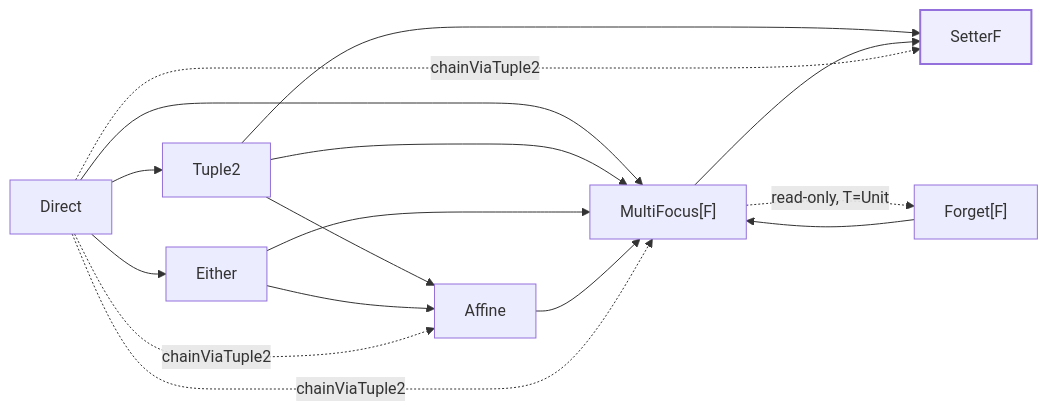
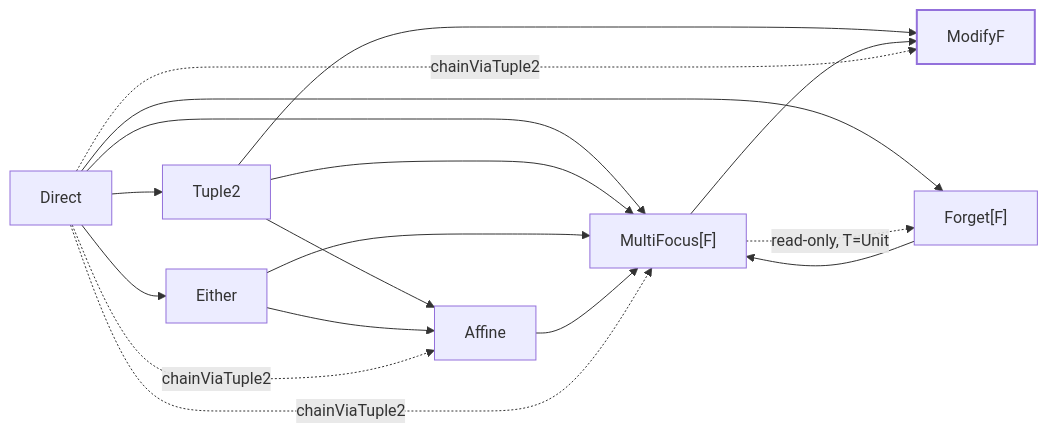
The diagram in site/docs/concepts.md (Constructive-Programming/eo), drawn with Mermaid before and after one commit. The commit also changed other lines of this file and 63 other files, not shown here.

````diff
--- a/site/docs/concepts.md
+++ b/site/docs/concepts.md
@@ -195,20 +197,21 @@
 ```mermaid
 flowchart LR
   Direct --> Tuple2
   Direct --> Either
   Direct --> MFocus["MultiFocus[F]"]
+  Direct --> ForgetF["Forget[F]"]
   Tuple2 --> Affine
-  Tuple2 --> SetterF
+  Tuple2 --> ModifyF
   Tuple2 --> MFocus
   Either --> Affine
   Either --> MFocus
   Affine --> MFocus
-  ForgetF["Forget[F]"] --> MFocus
-  MFocus --> SetterF
+  ForgetF --> MFocus
+  MFocus --> ModifyF
   MFocus -.->|read-only, T=Unit| ForgetF
   Direct -.->|chainViaTuple2| Affine
-  Direct -.->|chainViaTuple2| SetterF
+  Direct -.->|chainViaTuple2| ModifyF
   Direct -.->|chainViaTuple2| MFocus
-  SetterF:::sink
+  ModifyF:::sink
   classDef sink stroke-dasharray: 0,stroke-width:2px,fill:#eef
 ```
````
